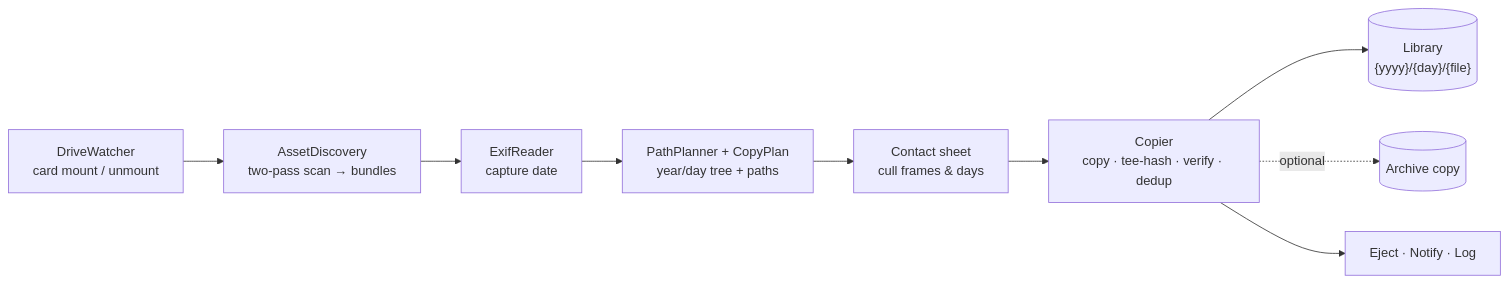
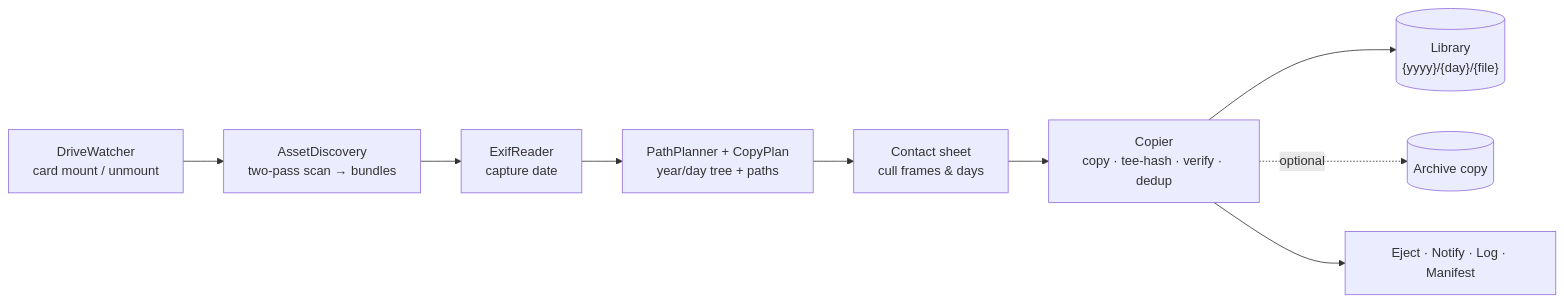
Before and after one commit to tsvb/PhotoDropMac: the diagram in README.md, drawn with Mermaid. The commit also changed other lines of this file, not shown here.

````diff
--- a/README.md
+++ b/README.md
@@ -64,11 +66,11 @@
 ```mermaid
 flowchart LR
     A["DriveWatcher<br/>card mount / unmount"] --> B["AssetDiscovery<br/>two-pass scan → bundles"]
     B --> C["ExifReader<br/>capture date"]
     C --> D["PathPlanner + CopyPlan<br/>year/day tree + paths"]
     D --> E["Contact sheet<br/>cull frames & days"]
     E --> F["Copier<br/>copy · tee-hash · verify · dedup"]
     F --> G[("Library<br/>{yyyy}/{day}/{file}")]
     F -. optional .-> H[("Archive copy")]
-    F --> I["Eject · Notify · Log"]
+    F --> I["Eject · Notify · Log · Manifest"]
 ```
````
